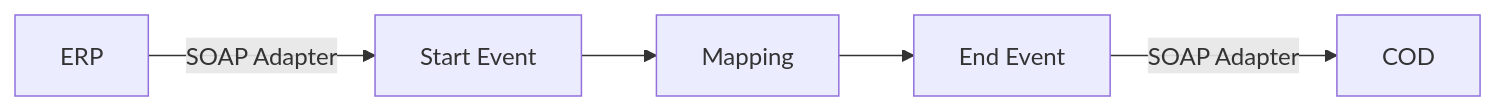
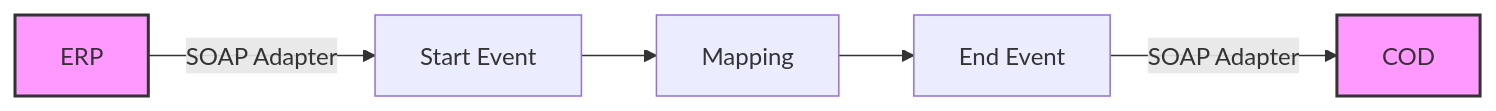
The diagram in REPSOL - Demo IA Docs/Check_Connectivity_from_SAP_Business_Suite_-_REPSOL/1.0.3/readme.md (Avvale-IA-CICD/AvvaleCPI), drawn with Mermaid before and after one commit. The commit also changed other lines of this file, not shown here.

````diff
--- a/REPSOL - Demo IA Docs/Check_Connectivity_from_SAP_Business_Suite_-_REPSOL/1.0.3/readme.md
+++ b/REPSOL - Demo IA Docs/Check_Connectivity_from_SAP_Business_Suite_-_REPSOL/1.0.3/readme.md
@@ -4,13 +4,15 @@
 ```mermaid
 graph LR
     ERP[ERP]
     COD[COD]
-    Start[Start Event]
+    StartEvent[Start Event]
     Mapping[Mapping]
-    End[End Event]
+    EndEvent[End Event]
 
-    ERP -- SOAP Adapter --> Start
-    Start --> Mapping
-    Mapping --> End
-    End -- SOAP Adapter --> COD
+    ERP -- SOAP Adapter --> StartEvent
+    StartEvent --> Mapping
+    Mapping --> EndEvent
+    EndEvent -- SOAP Adapter --> COD
+    style ERP fill:#f9f,stroke:#333,stroke-width:2px
+    style COD fill:#f9f,stroke:#333,stroke-width:2px
 ```
````
